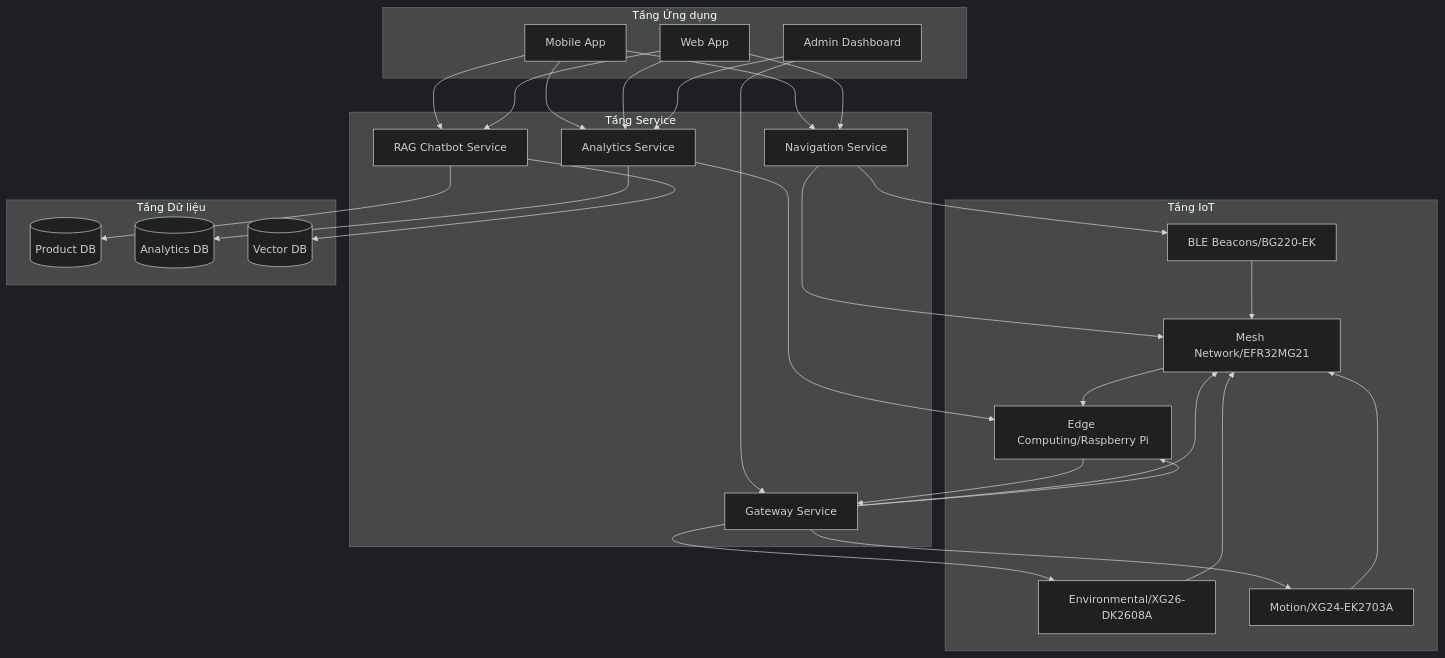
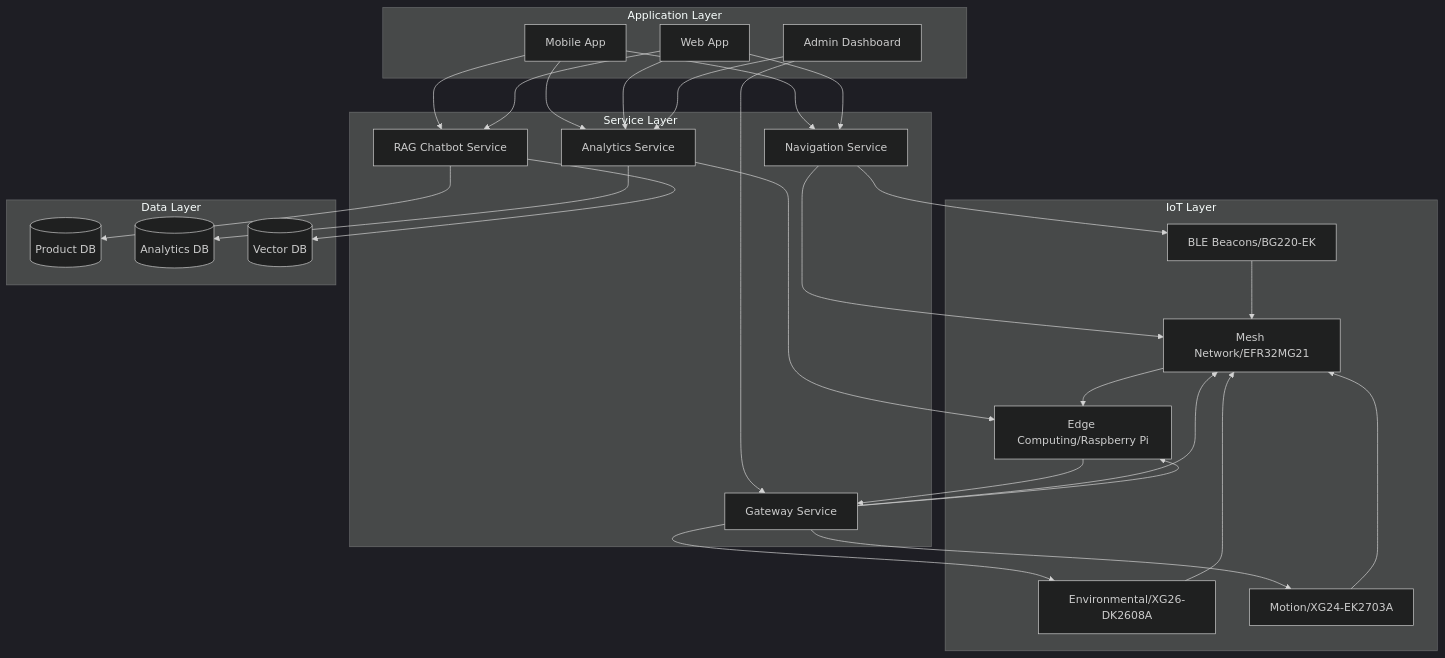
One commit to Luisnguyen1/SenEdge changed the second of 16 diagrams in document_english_version/final_report.md. Above: the diagram before and after it, drawn with Mermaid (dark theme). The commit also changed other lines of this file, not shown here.

````diff
--- a/document_english_version/final_report.md
+++ b/document_english_version/final_report.md
@@ -77,44 +77,44 @@
 ```mermaid
 graph TB
-    subgraph "Tầng Ứng dụng"
+    subgraph "Application Layer"
         A[Mobile App]
         B[Web App]
         C[Admin Dashboard]
     end
 
-    subgraph "Tầng Service"
+    subgraph "Service Layer"
         D[RAG Chatbot Service]
         E[Navigation Service]
         F[Analytics Service]
         G[Gateway Service]
     end
 
-    subgraph "Tầng IoT"
+    subgraph "IoT Layer"
         H[BLE Beacons/BG220-EK]
         I[Environmental/XG26-DK2608A]
         J[Motion/XG24-EK2703A]
         K[Mesh Network/EFR32MG21]
         L[Edge Computing/Raspberry Pi]
     end
 
-    subgraph "Tầng Dữ liệu"
+    subgraph "Data Layer"
         M[(Product DB)]
         N[(Analytics DB)]
         O[(Vector DB)]
     end
 
     A --> D & E & F
     B --> D & E & F
     C --> F & G
     
     D --> M & O
     E --> H & K
     F --> N & L
     G --> I & J & K & L
     
     H --> K
     I --> K
     J --> K
     K --> L
     L --> G
 ```
````
